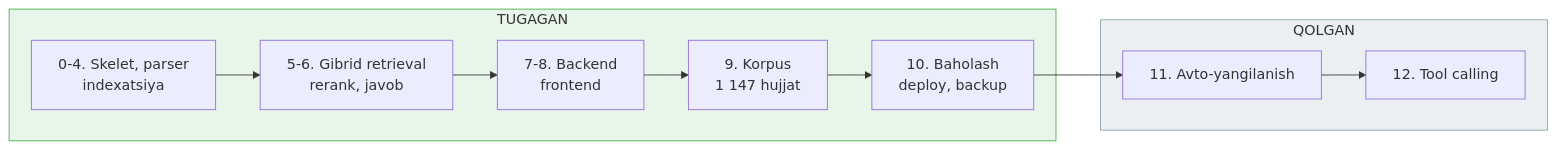
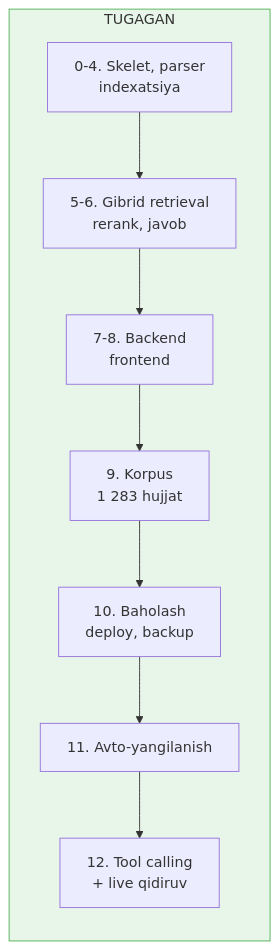
Before and after one commit to toxirerkinov70-commits/huquq-ai: the diagram in HOLAT.md, drawn with Mermaid. The commit also changed other lines of this file and 1 other file, not shown here.

````diff
--- a/HOLAT.md
+++ b/HOLAT.md
@@ -54,20 +68,16 @@
 ```mermaid
 graph LR
     subgraph done ["TUGAGAN"]
         S0["0-4. Skelet, parser<br/>indexatsiya"]
         S5["5-6. Gibrid retrieval<br/>rerank, javob"]
         S7["7-8. Backend<br/>frontend"]
-        S9["9. Korpus<br/>1 147 hujjat"]
+        S9["9. Korpus<br/>1 283 hujjat"]
         S10["10. Baholash<br/>deploy, backup"]
-    end
-
-    subgraph todo ["QOLGAN"]
         S11["11. Avto-yangilanish"]
-        S12["12. Tool calling"]
+        S12["12. Tool calling<br/>+ live qidiruv"]
     end
 
     S0 --> S5 --> S7 --> S9 --> S10 --> S11 --> S12
 
     style done fill:#e8f5e9,stroke:#4caf50
-    style todo fill:#eceff1,stroke:#90a4ae
 ```
````
